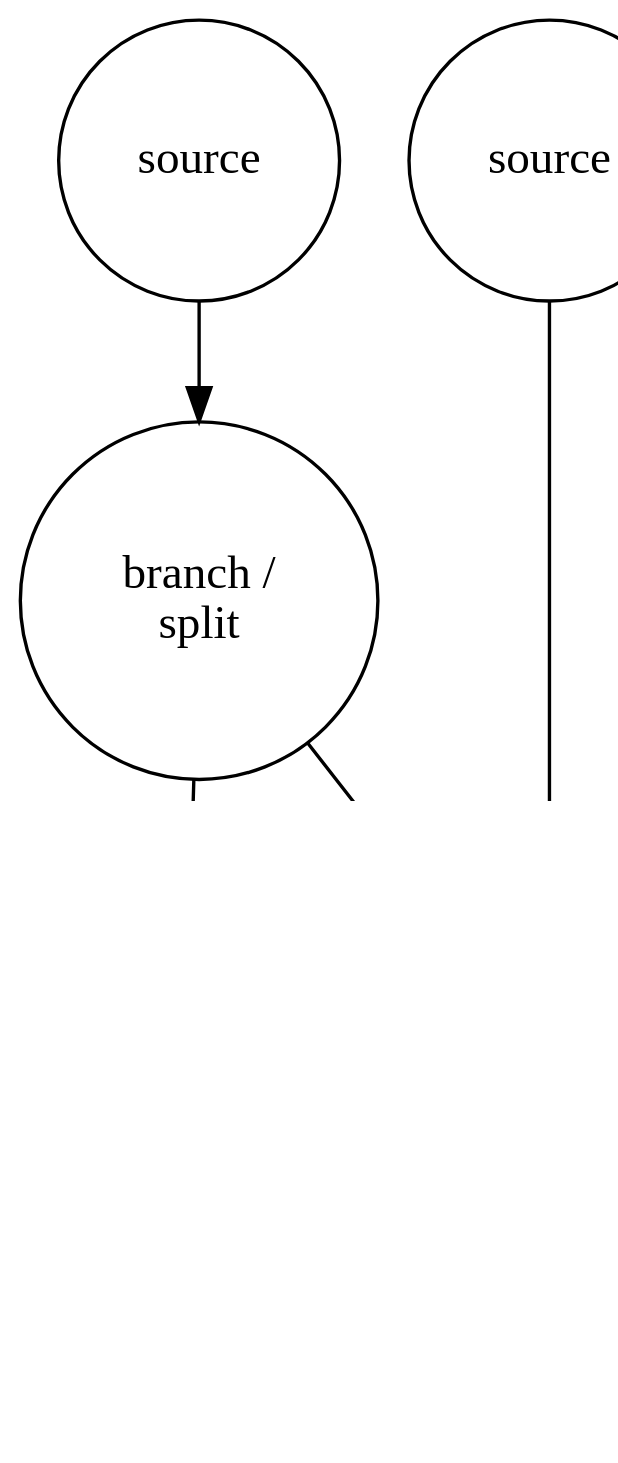
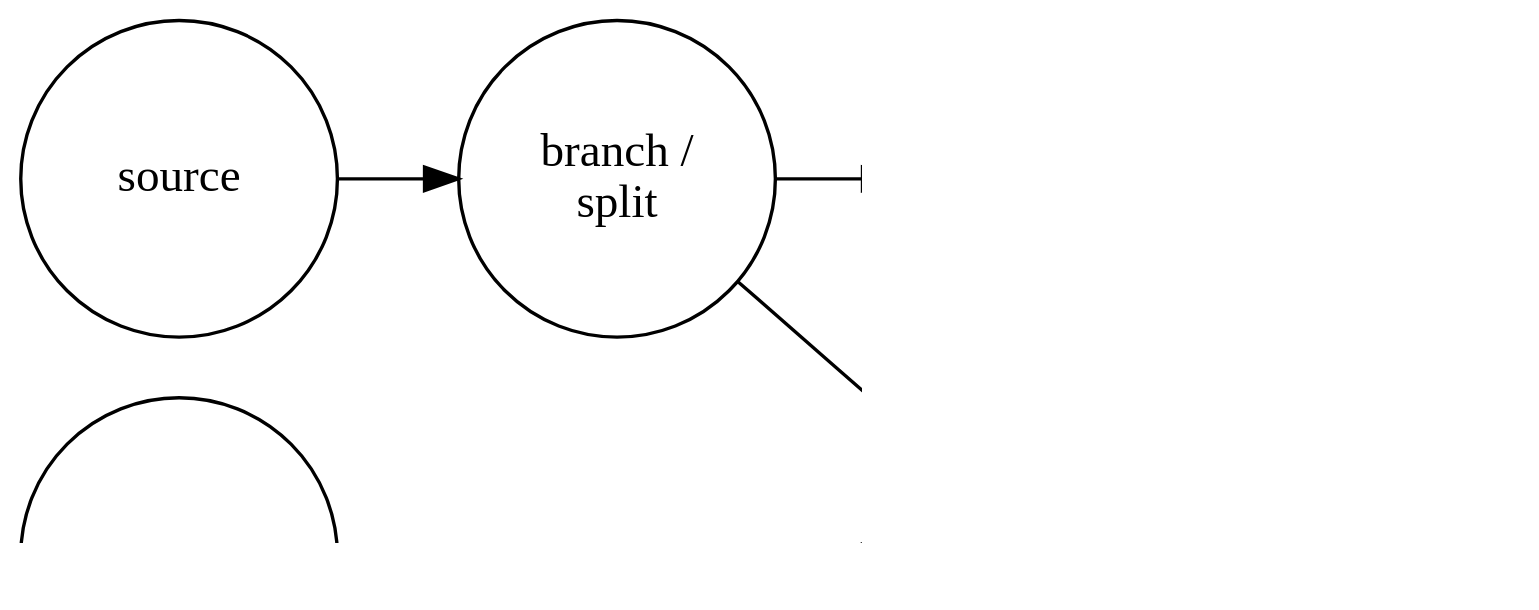
The first of 14 diagrams in slides/src/main/asciidoc/kstreams.adoc (inponomarev/kstreams-examples), drawn with Graphviz before and after one commit. The commit also changed other lines of this file and 4 other files, not shown here.

```diff
--- a/slides/src/main/asciidoc/kstreams.adoc
+++ b/slides/src/main/asciidoc/kstreams.adoc
@@ -94,26 +104,27 @@
 [graphviz,"topology-sample.png"]
 ----
 digraph G {
 
-graph [ dpi = 140 ]; 
-node [shape="circle" ];
+graph [ dpi = 140 ];
+rankdir="LR";
+node [shape="circle" fontsize=14; fixedsize="true"; width="1.3" ];
 
 
 a[label="source"];
 b[label="source"];
 c[label="branch /\nsplit"];
 
 d[label="process"];
 e[label="join /\nmerge"];
 f[label="sink"];
 g[label="sink"];
 {rank = same; a; b;}
 a->c;
 b->e;
 c->e;
 c->d;
 d->f;
 e->g;
 
 }
 ----
```
